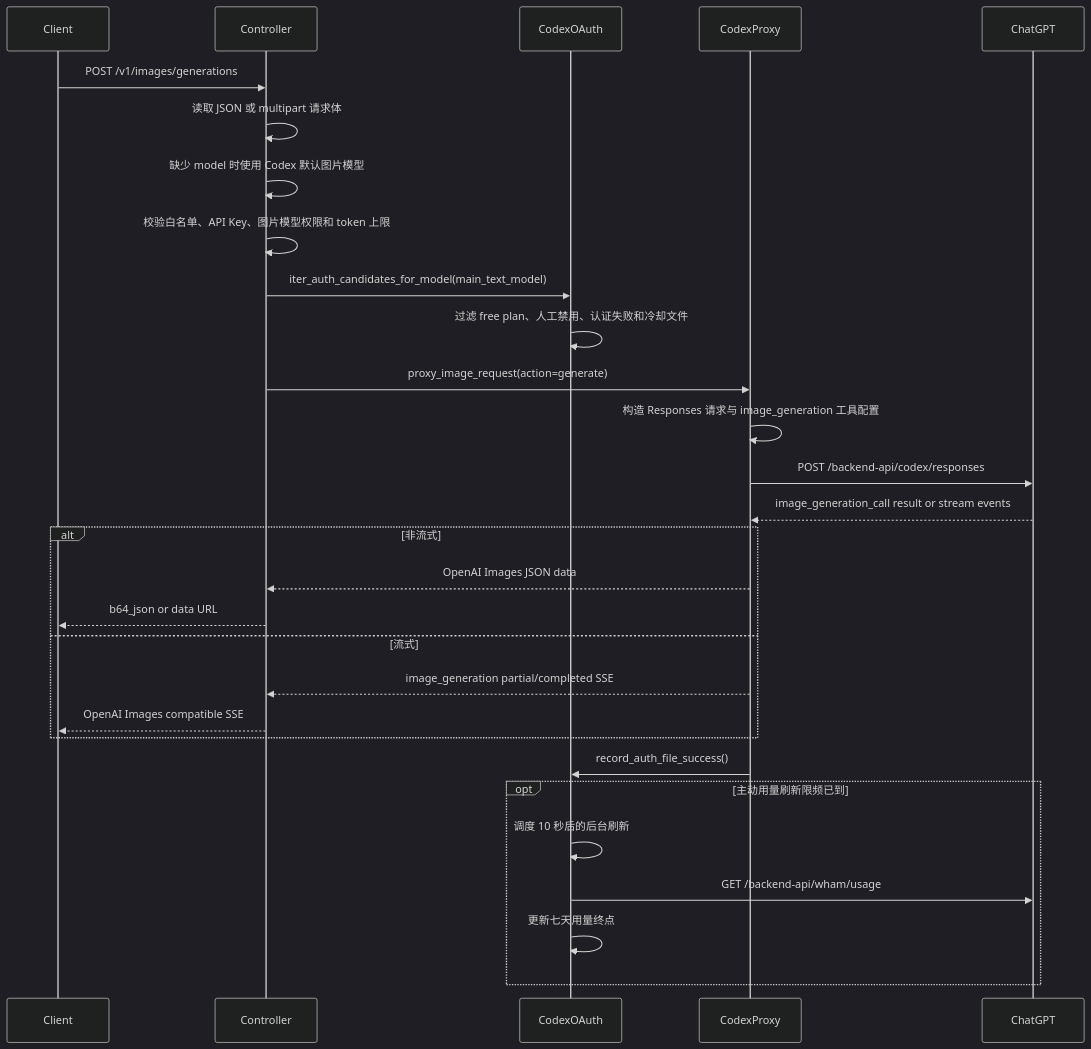
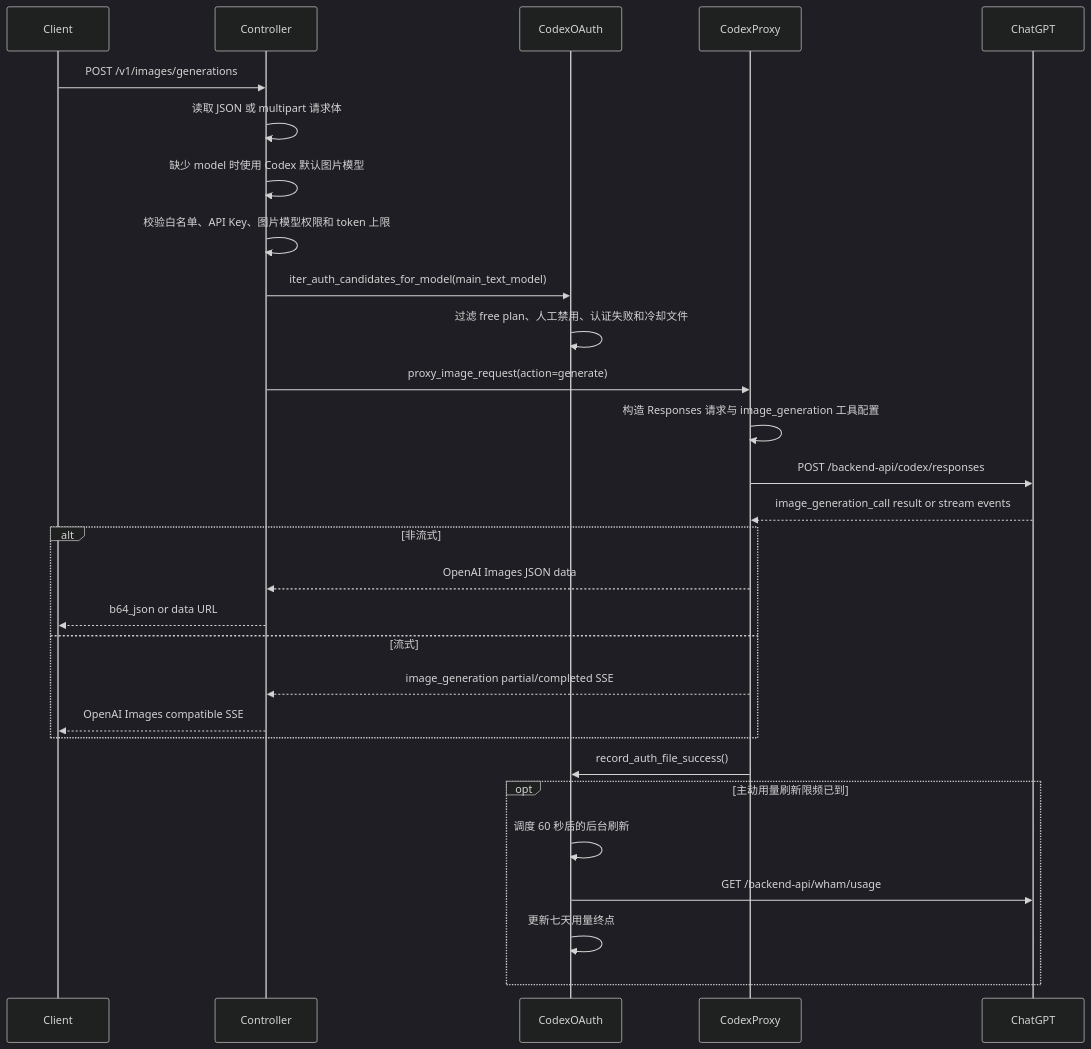
Before and after one commit to VonSdite/LLM_Proxy: the third of 5 diagrams in docs/architecture-4plus1.md, drawn with Mermaid (dark theme). The commit also changed other lines of this file and 3 other files, not shown here.

````diff
--- a/docs/architecture-4plus1.md
+++ b/docs/architecture-4plus1.md
@@ -1234,32 +1234,32 @@
 ```mermaid
 sequenceDiagram
     participant Client
     participant Controller
     participant CodexOAuth
     participant CodexProxy
     participant ChatGPT
 
     Client->>Controller: POST /v1/images/generations
     Controller->>Controller: 读取 JSON 或 multipart 请求体
     Controller->>Controller: 缺少 model 时使用 Codex 默认图片模型
     Controller->>Controller: 校验白名单、API Key、图片模型权限和 token 上限
     Controller->>CodexOAuth: iter_auth_candidates_for_model(main_text_model)
     CodexOAuth->>CodexOAuth: 过滤 free plan、人工禁用、认证失败和冷却文件
     Controller->>CodexProxy: proxy_image_request(action=generate)
     CodexProxy->>CodexProxy: 构造 Responses 请求与 image_generation 工具配置
     CodexProxy->>ChatGPT: POST /backend-api/codex/responses
     ChatGPT-->>CodexProxy: image_generation_call result or stream events
     alt 非流式
         CodexProxy-->>Controller: OpenAI Images JSON data
         Controller-->>Client: b64_json or data URL
     else 流式
         CodexProxy-->>Controller: image_generation partial/completed SSE
         Controller-->>Client: OpenAI Images compatible SSE
     end
     CodexProxy->>CodexOAuth: record_auth_file_success()
     opt 主动用量刷新限频已到
-        CodexOAuth->>CodexOAuth: 调度 10 秒后的后台刷新
+        CodexOAuth->>CodexOAuth: 调度 60 秒后的后台刷新
         CodexOAuth->>ChatGPT: GET /backend-api/wham/usage
         CodexOAuth->>CodexOAuth: 更新七天用量终点
     end
 ```
````
